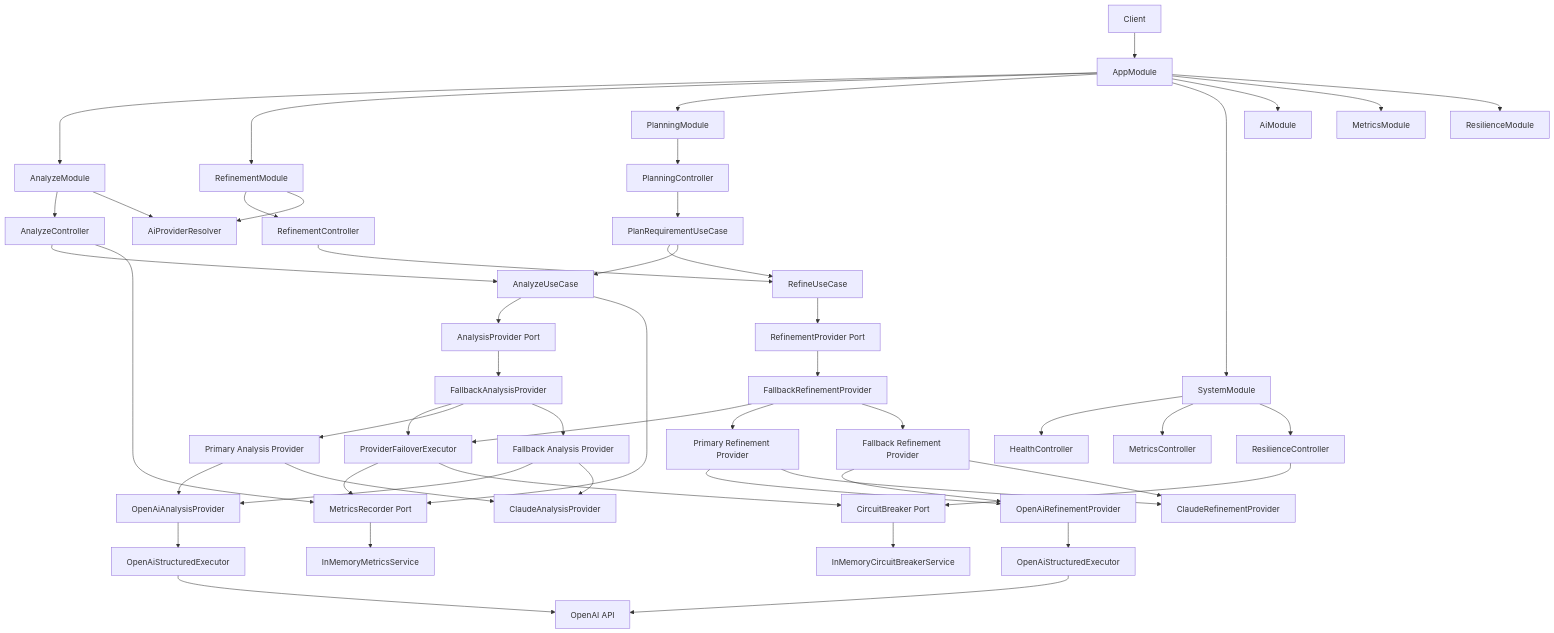
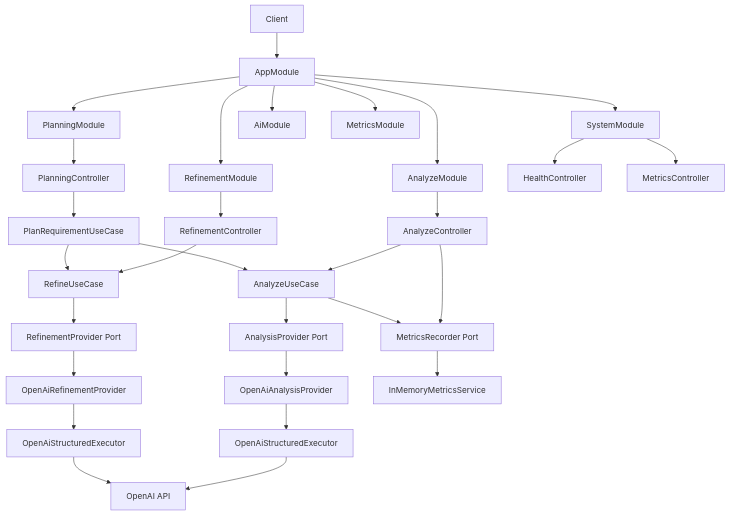
One commit to gustavoarielms/ai-orchestrator changed the diagram in docs/diagrams/architecture-overview.md. Above: the diagram before and after it, drawn with Mermaid. The commit also changed 38 other files, not shown here.

First line of the commit message:
refactor(ai): remove Claude provider and simplify to single OpenAI runtime

````diff
--- a/docs/diagrams/architecture-overview.md
+++ b/docs/diagrams/architecture-overview.md
@@ -3,59 +3,37 @@
 ```mermaid
 flowchart TD
     Client[Client] --> App[AppModule]
 
     App --> AnalyzeModule[AnalyzeModule]
     App --> RefinementModule[RefinementModule]
     App --> PlanningModule[PlanningModule]
     App --> SystemModule[SystemModule]
     App --> AiModule[AiModule]
     App --> MetricsModule[MetricsModule]
-    App --> ResilienceModule[ResilienceModule]
 
     AnalyzeModule --> AnalyzeController[AnalyzeController]
     AnalyzeController --> AnalyzeUseCase[AnalyzeUseCase]
     AnalyzeUseCase --> AnalysisProvider[AnalysisProvider Port]
     AnalyzeController --> MetricsRecorder[MetricsRecorder Port]
     AnalyzeUseCase --> MetricsRecorder
-    AnalyzeModule --> AiResolver[AiProviderResolver]
-    AnalysisProvider --> AnalyzeFallbackProvider[FallbackAnalysisProvider]
-    AnalyzeFallbackProvider --> FailoverExecutor[ProviderFailoverExecutor]
-    AnalyzeFallbackProvider --> AnalyzePrimary[Primary Analysis Provider]
-    AnalyzeFallbackProvider --> AnalyzeFallback[Fallback Analysis Provider]
-    AnalyzePrimary --> OpenAIProvider[OpenAiAnalysisProvider]
-    AnalyzePrimary --> ClaudeProvider[ClaudeAnalysisProvider]
-    AnalyzeFallback --> OpenAIProvider
-    AnalyzeFallback --> ClaudeProvider
+    AnalysisProvider --> OpenAIProvider[OpenAiAnalysisProvider]
     OpenAIProvider --> AnalyzeExecutor[OpenAiStructuredExecutor]
     AnalyzeExecutor --> OpenAI[OpenAI API]
 
     RefinementModule --> RefinementController[RefinementController]
     RefinementController --> RefineUseCase[RefineUseCase]
     RefineUseCase --> RefinementProvider[RefinementProvider Port]
-    RefinementModule --> AiResolver
-    RefinementProvider --> RefinementFallbackProvider[FallbackRefinementProvider]
-    RefinementFallbackProvider --> FailoverExecutor
-    RefinementFallbackProvider --> RefinementPrimary[Primary Refinement Provider]
-    RefinementFallbackProvider --> RefinementFallback[Fallback Refinement Provider]
-    RefinementPrimary --> OpenAiRefinementProvider[OpenAiRefinementProvider]
-    RefinementPrimary --> ClaudeRefinementProvider[ClaudeRefinementProvider]
-    RefinementFallback --> OpenAiRefinementProvider
-    RefinementFallback --> ClaudeRefinementProvider
+    RefinementProvider --> OpenAiRefinementProvider[OpenAiRefinementProvider]
     OpenAiRefinementProvider --> RefinementExecutor[OpenAiStructuredExecutor]
     RefinementExecutor --> OpenAI
 
     PlanningModule --> PlanningController[PlanningController]
     PlanningController --> PlanUseCase[PlanRequirementUseCase]
     PlanUseCase --> RefineUseCase
     PlanUseCase --> AnalyzeUseCase
 
     SystemModule --> HealthController[HealthController]
     SystemModule --> MetricsController[MetricsController]
-    SystemModule --> ResilienceController[ResilienceController]
 
     MetricsRecorder --> InMemoryMetrics[InMemoryMetricsService]
-    ResilienceController --> CircuitBreaker[CircuitBreaker Port]
-    CircuitBreaker --> InMemoryCircuitBreaker[InMemoryCircuitBreakerService]
-    FailoverExecutor --> MetricsRecorder
-    FailoverExecutor --> CircuitBreaker
 ```
````
